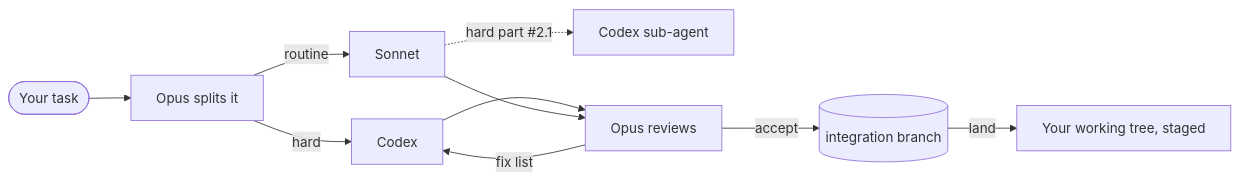
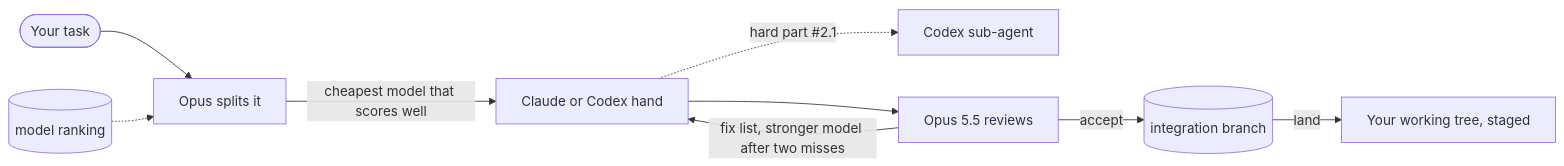
Before and after one commit to dimqsh/claude-orchestra: the diagram in README.md, drawn with Mermaid. The commit also changed other lines of this file and 3 other files, not shown here.

````diff
--- a/README.md
+++ b/README.md
@@ -78,12 +82,11 @@
 ```mermaid
 flowchart LR
     task([Your task]) --> opus[Opus splits it]
-    opus -->|hard| codex[Codex]
-    opus -->|routine| sonnet[Sonnet]
-    sonnet -.->|"hard part #2.1"| sub[Codex sub-agent]
-    codex --> review[Opus reviews]
-    sonnet --> review
-    review -->|fix list| codex
+    catalog[(model ranking)] -.-> opus
+    opus -->|"cheapest model that scores well"| hand[Claude or Codex hand]
+    hand -.->|"hard part #2.1"| sub[Codex sub-agent]
+    hand --> review[Opus 5.5 reviews]
+    review -->|"fix list, stronger model after two misses"| hand
     review -->|accept| main[(integration branch)]
     main -->|land| tree[Your working tree, staged]
 ```
````
